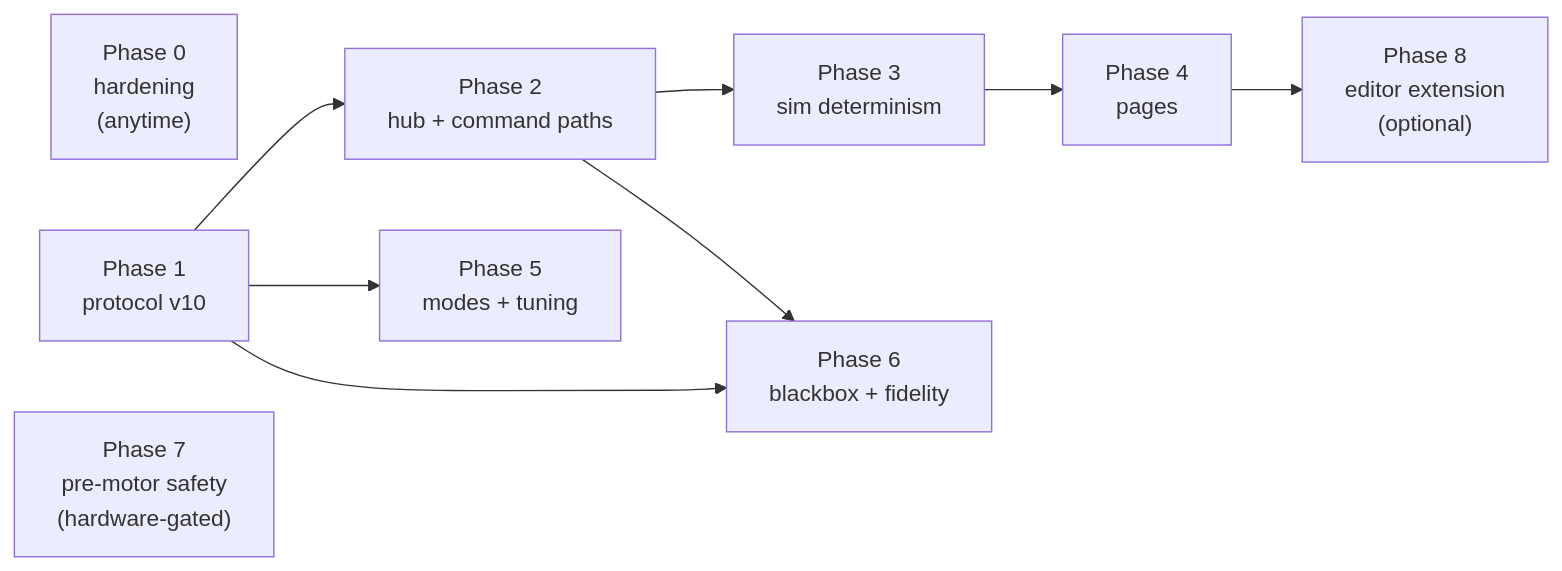
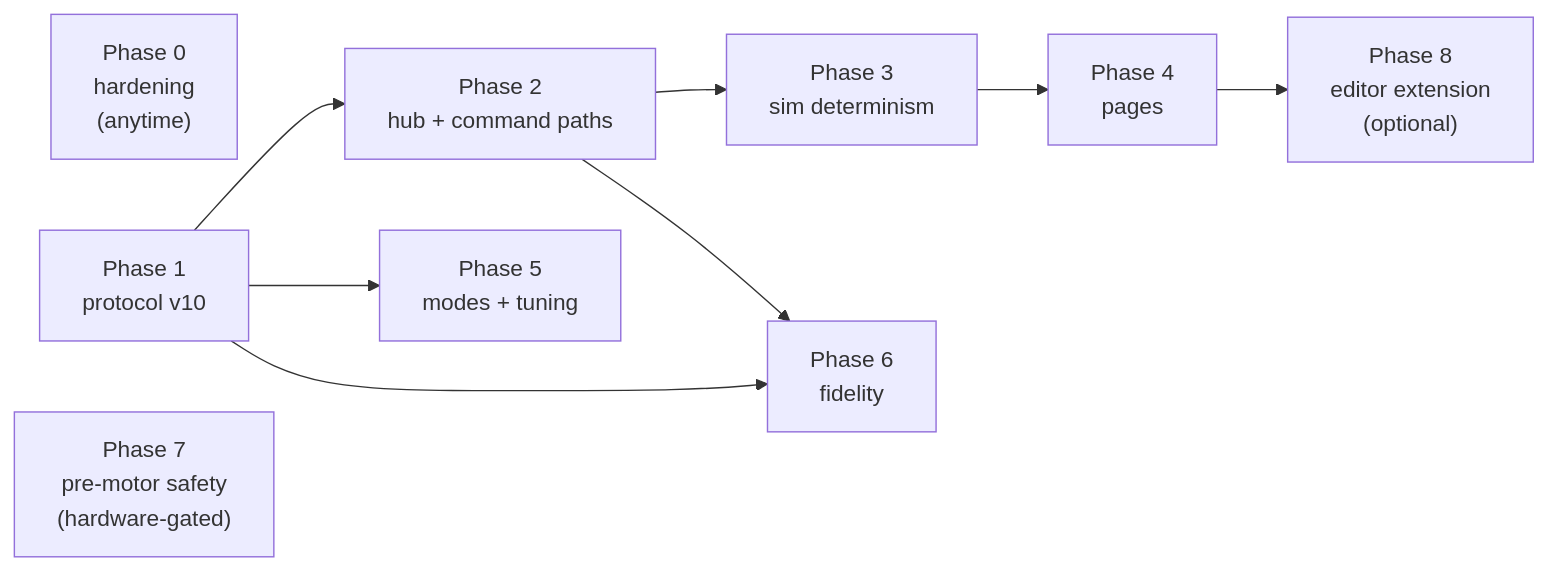
Before and after one commit to Keyrim/drone-mark4: the diagram in docs/implementation-plan.md, drawn with Mermaid. The commit also changed other lines of this file and 8 other files, not shown here.

````diff
--- a/docs/implementation-plan.md
+++ b/docs/implementation-plan.md
@@ -23,17 +22,17 @@
 ```mermaid
 flowchart LR
     P0["Phase 0<br/>hardening<br/>(anytime)"]
     P1["Phase 1<br/>protocol v10"]
     P2["Phase 2<br/>hub + command paths"]
     P3["Phase 3<br/>sim determinism"]
     P4["Phase 4<br/>pages"]
     P5["Phase 5<br/>modes + tuning"]
-    P6["Phase 6<br/>blackbox + fidelity"]
+    P6["Phase 6<br/>fidelity"]
     P7["Phase 7<br/>pre-motor safety<br/>(hardware-gated)"]
     P8["Phase 8<br/>editor extension<br/>(optional)"]
 
     P1 --> P2 --> P3 --> P4 --> P8
     P1 --> P5
     P1 --> P6
     P2 --> P6
 ```
````
